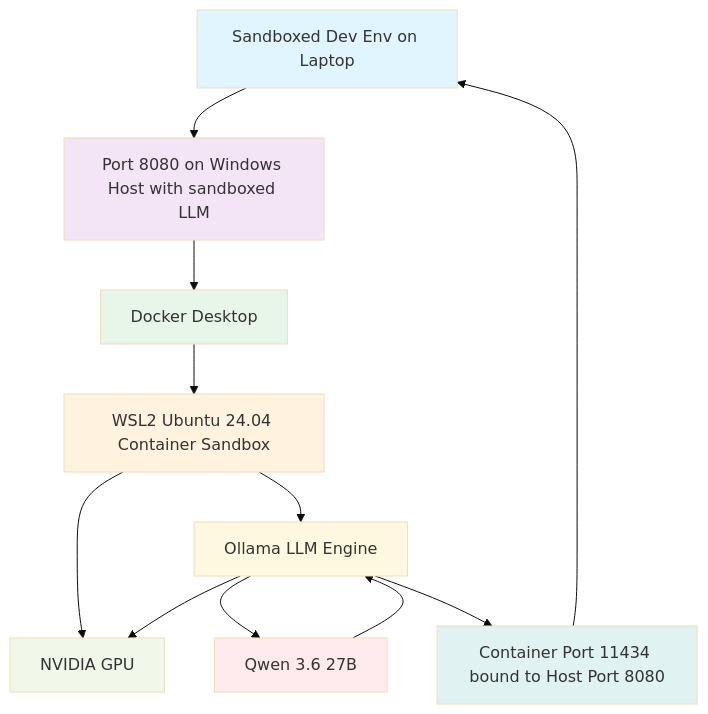
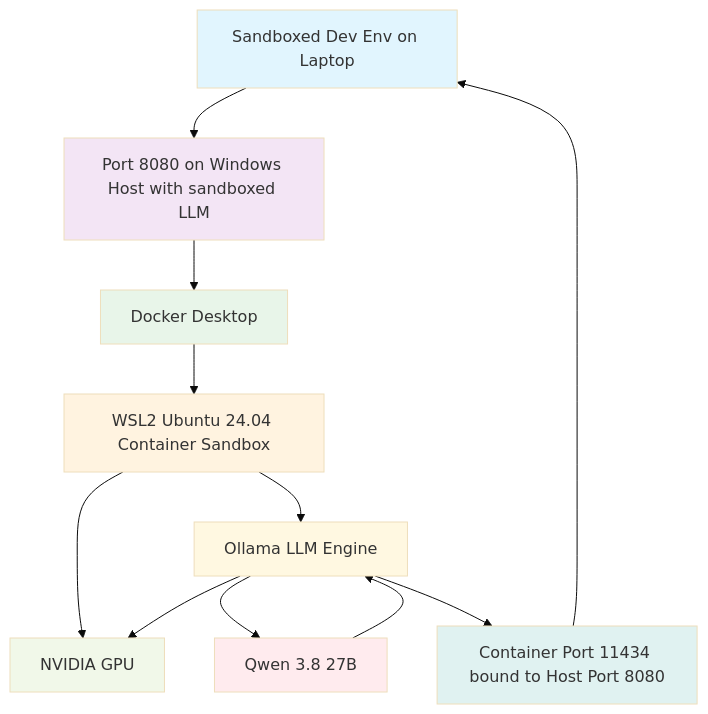
One commit to Bureau-Of-Control/ContainmentProcedures changed the diagram in local_llm_setup.md. Above: the diagram before and after it, drawn with Mermaid (base theme). The commit also changed other lines of this file and 3 other files, not shown here.

````diff
--- a/local_llm_setup.md
+++ b/local_llm_setup.md
@@ -9,22 +9,22 @@
 ```mermaid
 graph TD
     A[Sandboxed Dev Env on Laptop] --> B[Port 8080 on Windows Host with sandboxed LLM]
     B --> C[Docker Desktop]
     C --> D[WSL2 Ubuntu 24.04 Container Sandbox]
     D --> F[NVIDIA GPU]
     D --> G[Ollama LLM Engine]
     G --> F
-    G --> H[Qwen 3.6 27B]
+    G --> H[Qwen 3.8 27B]
     H --> G
     G --> I[Container Port 11434 bound to Host Port 8080]
     I --> A
 
     style A fill:#e1f5fe
     style B fill:#f3e5f5
     style C fill:#e8f5e9
     style D fill:#fff3e0
     style F fill:#f1f8e9
     style G fill:#fff8e1
     style H fill:#ffebee
     style I fill:#e0f2f1
 ```
````
